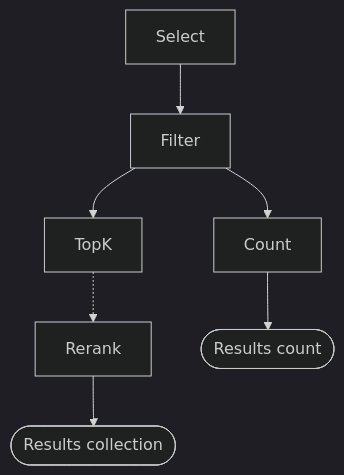
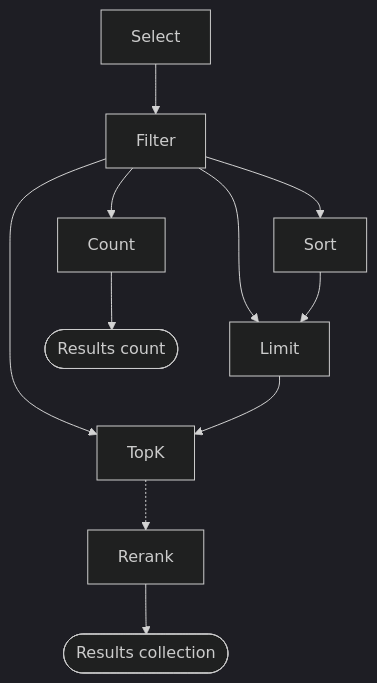
The diagram in docs/documents/query.mdx (topk-io/topk), drawn with Mermaid (dark theme) before and after one commit. The commit also changed other lines of this file and 17 other files, not shown here.

````diff
--- a/docs/documents/query.mdx
+++ b/docs/documents/query.mdx
@@ -29,10 +31,14 @@
 ```mermaid
 flowchart TD
     A[Select]
     A --> B[Filter]
-    B --> C[TopK]
-    B --> E[Count]
-    C -.-> D[Rerank]
-    D --> G@{ shape: stadium, label: "Results collection" }
-    E --> H@{ shape: stadium, label: "Results count" }
+    B --> C[Sort]
+    B --> D[Limit]
+    B --> E[TopK]
+    B --> F[Count]
+    C --> D
+    D --> E
+    E -.-> G[Rerank]
+    G --> H@{ shape: stadium, label: "Results collection" }
+    F --> I@{ shape: stadium, label: "Results count" }
 ```
````
